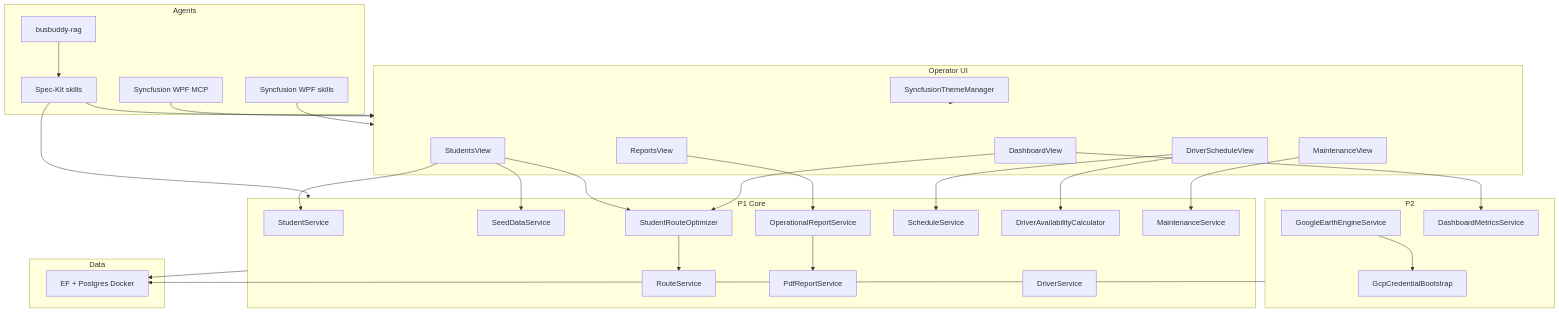
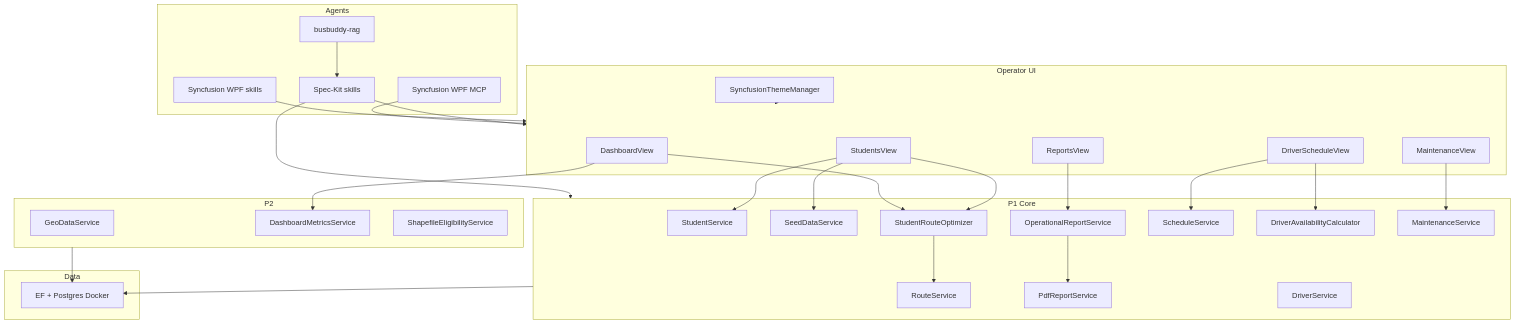
The diagram in docs/function-tree.md (Bigessfour/BusBuddy-3), drawn with Mermaid before and after one commit. The commit also changed 41 other files, not shown here.

First line of the commit message:
feat: retire Earth Engine; pause Maps Platform geo (007) (#31)

````diff
--- a/docs/function-tree.md
+++ b/docs/function-tree.md
@@ -5,57 +5,56 @@
 ```mermaid
 flowchart TB
   subgraph agents [Agents]
     SpecKit[Spec-Kit skills]
     RAG[busbuddy-rag]
     SfMCP[Syncfusion WPF MCP]
     SfSkills[Syncfusion WPF skills]
   end
   subgraph ui [Operator UI]
     Students[StudentsView]
     Reports[ReportsView]
     Dashboard[DashboardView]
     MaintView[MaintenanceView]
     SchedView[DriverScheduleView]
     Theme[SyncfusionThemeManager]
   end
   subgraph core [P1 Core]
     StudentSvc[StudentService]
     Seed[SeedDataService]
     RouteSvc[RouteService]
     Opt[StudentRouteOptimizer]
     ReportsSvc[OperationalReportService]
     Pdf[PdfReportService]
     DriverSvc[DriverService]
     Sched[ScheduleService]
     Avail[DriverAvailabilityCalculator]
     Maint[MaintenanceService]
   end
   subgraph p2 [P2]
-    GEE[GoogleEarthEngineService]
+    Geo[GeoDataService]
     Metrics[DashboardMetricsService]
-    Gcp[GcpCredentialBootstrap]
+    Shape[ShapefileEligibilityService]
   end
   subgraph data [Data]
     EF[EF + Postgres Docker]
   end
   SpecKit --> core
   SpecKit --> ui
   RAG --> SpecKit
   SfMCP --> ui
   SfSkills --> ui
   Students --> StudentSvc
   Students --> Seed
   Students --> Opt
   Reports --> ReportsSvc
   ReportsSvc --> Pdf
   Dashboard --> Metrics
   Dashboard --> Opt
   MaintView --> Maint
   SchedView --> Sched
   SchedView --> Avail
   Opt --> RouteSvc
   Theme --> ui
   core --> EF
   p2 --> EF
-  GEE --> Gcp
 ```
````
